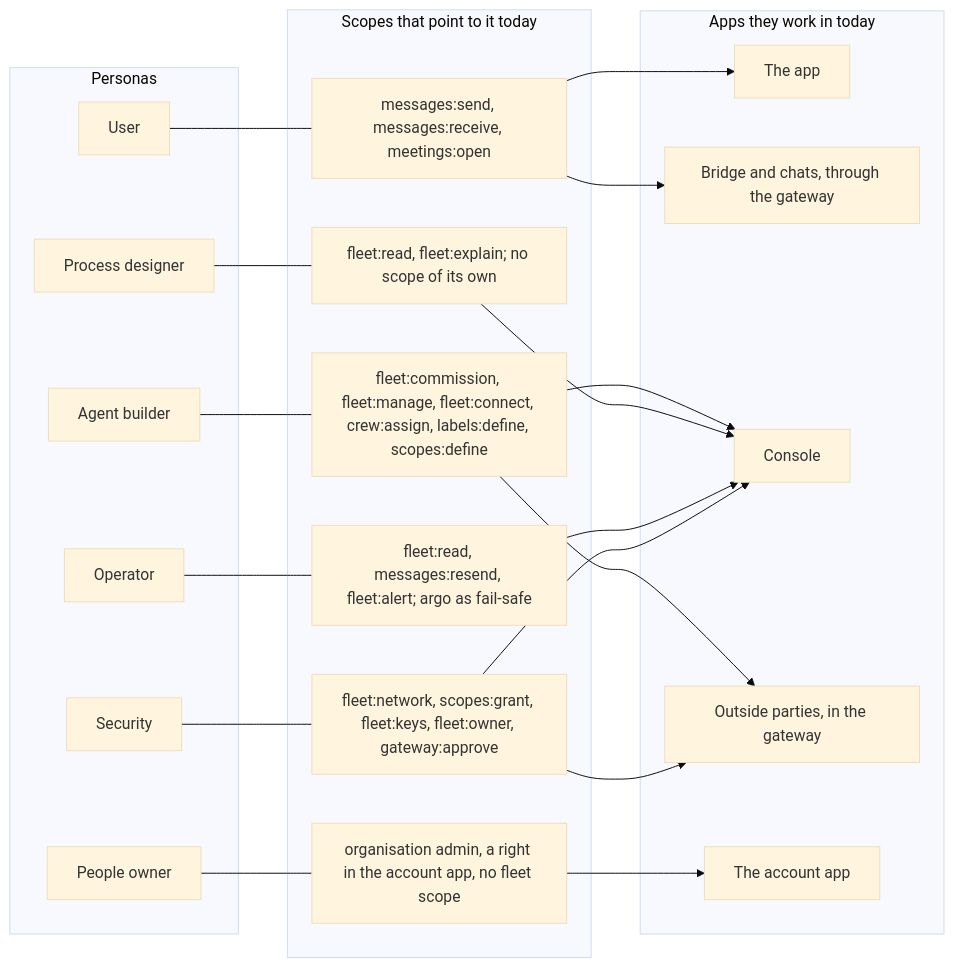
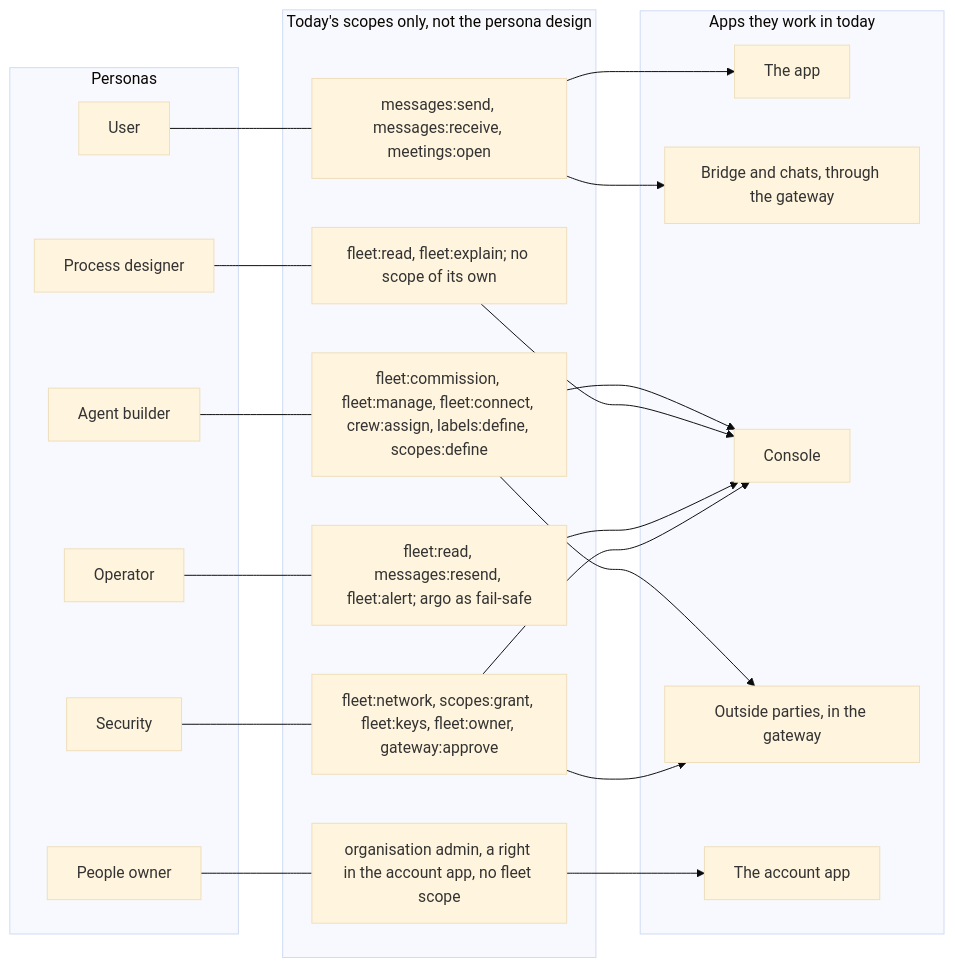
One commit to ThomasHendrickx/aeolus-fleet changed the diagram in docs/design/personas/README.md. Above: the diagram before and after it, drawn with Mermaid (base theme). The commit also changed other lines of this file, not shown here.

Commit message:
docs(design): personas stage 2, Thomas's decisions and jobs to be done per persona

````diff
--- a/docs/design/personas/README.md
+++ b/docs/design/personas/README.md
@@ -42,45 +49,45 @@
 ```mermaid
 flowchart LR
   subgraph personas[Personas]
     U[User]
     AB[Agent builder]
     PD[Process designer]
     OP[Operator]
     SE[Security]
     PO[People owner]
   end
 
-  subgraph scopes[Scopes that point to it today]
+  subgraph scopes["Today's scopes only, not the persona design"]
     sU["messages:send, messages:receive, meetings:open"]
     sAB["fleet:commission, fleet:manage, fleet:connect, crew:assign, labels:define, scopes:define"]
     sPD["fleet:read, fleet:explain; no scope of its own"]
     sOP["fleet:read, messages:resend, fleet:alert; argo as fail-safe"]
     sSE["fleet:network, scopes:grant, fleet:keys, fleet:owner, gateway:approve"]
     sPO["organisation admin, a right in the account app, no fleet scope"]
   end
 
   subgraph apps[Apps they work in today]
     APP[The app]
     BR[Bridge and chats, through the gateway]
     CON[Console]
     OPP[Outside parties, in the gateway]
     ACC[The account app]
   end
 
   U --- sU
   AB --- sAB
   PD --- sPD
   OP --- sOP
   SE --- sSE
   PO --- sPO
 
   sU --> APP
   sU --> BR
   sAB --> CON
   sAB --> OPP
   sPD --> CON
   sOP --> CON
   sSE --> CON
   sSE --> OPP
   sPO --> ACC
 ```
````
